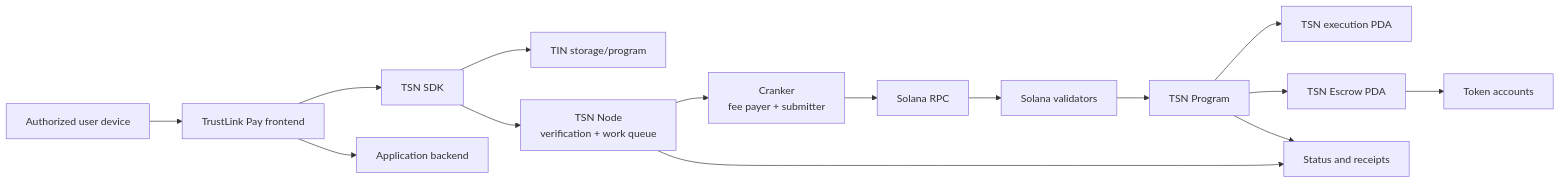
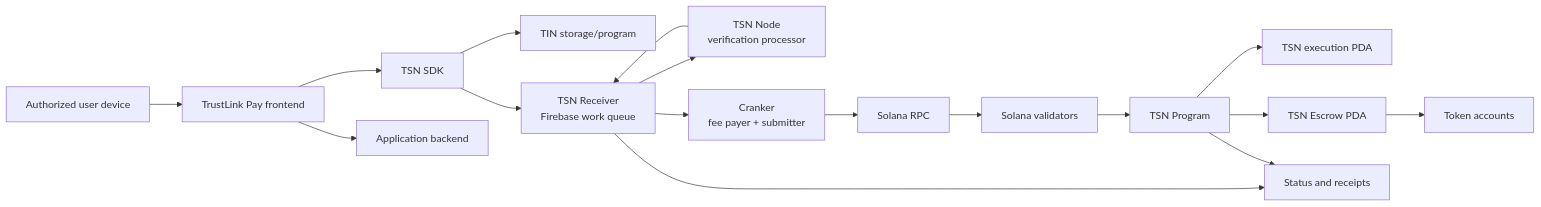
One commit to bigdreamsweb3/trustlink-pay changed the diagram in docs/network-and-runtime.md. Above: the diagram before and after it, drawn with Mermaid. The commit also changed other lines of this file and 190 other files, not shown here.

````diff
--- a/docs/network-and-runtime.md
+++ b/docs/network-and-runtime.md
@@ -5,26 +5,28 @@
 ```mermaid
 flowchart LR
     D[Authorized user device]
     F[TrustLink Pay frontend]
     S[TSN SDK]
     B[Application backend]
     T[TIN storage/program]
-    N[TSN Node<br/>verification + work queue]
+    M[TSN Receiver<br/>Firebase work queue]
+    N[TSN Node<br/>verification processor]
     C[Cranker<br/>fee payer + submitter]
     R[Solana RPC]
     V[Solana validators]
     P[TSN Program]
     X[TSN execution PDA]
     E[TSN Escrow PDA]
     A[Token accounts]
     Q[Status and receipts]
     D --> F --> S
     F --> B
     S --> T
-    S --> N
-    N --> C --> R --> V --> P
+    S --> M
+    M --> N --> M
+    M --> C --> R --> V --> P
     P --> X
     P --> E --> A
-    N --> Q
+    M --> Q
     P --> Q
 ```
````
